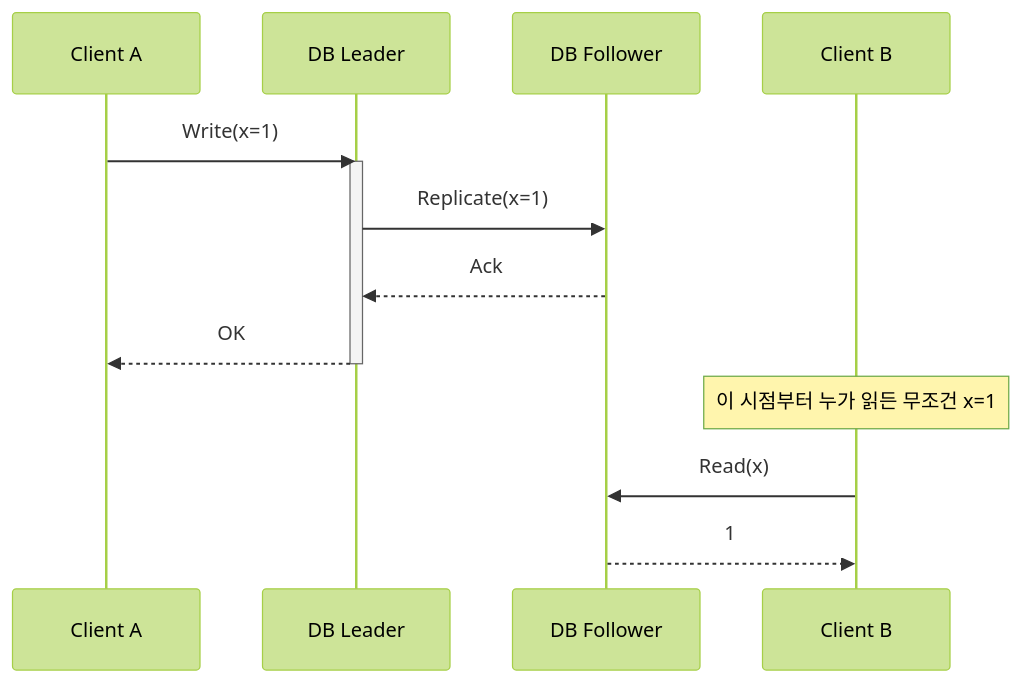
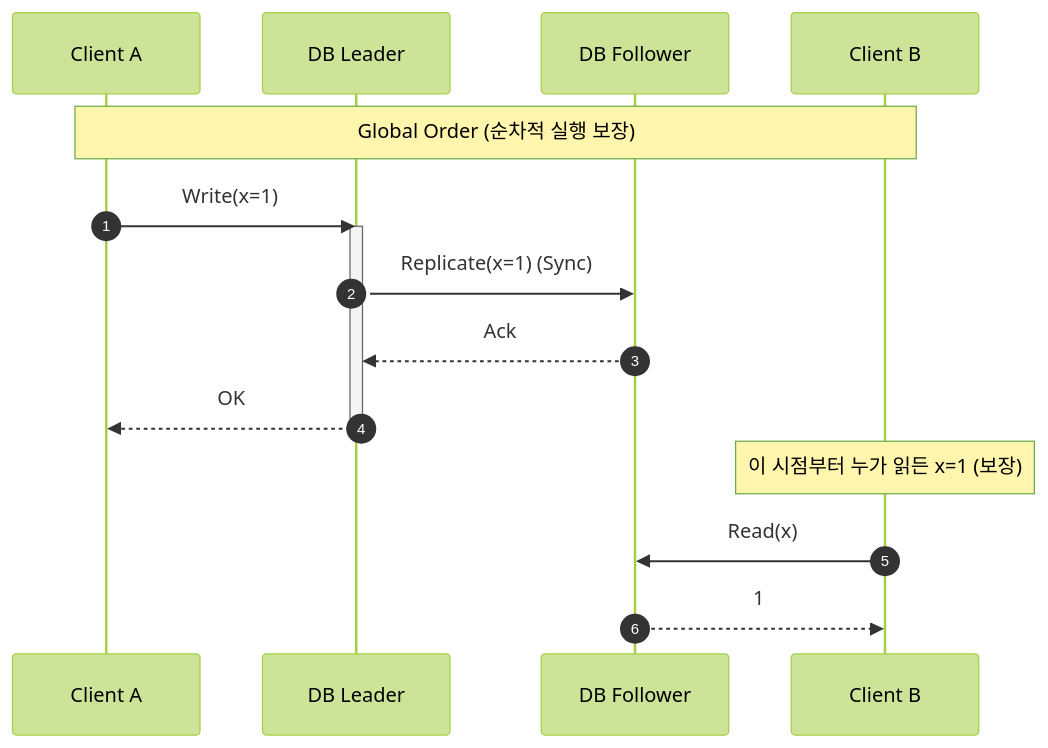
One commit to jyukki97/study-blog changed the first of 3 diagrams in content/learning/deep-dive/deep-dive-consistency-models.md. Above: the diagram before and after it, drawn with Mermaid (forest theme). The commit also changed other lines of this file and 85 other files, not shown here.

````diff
--- a/content/learning/deep-dive/deep-dive-consistency-models.md
+++ b/content/learning/deep-dive/deep-dive-consistency-models.md
@@ -42,18 +42,21 @@
 ```mermaid
 sequenceDiagram
+    autonumber
     participant Client A
-    participant DB Leader
-    participant DB Follower
+    participant Leader as DB Leader
+    participant Follower as DB Follower
     participant Client B
     
-    Client A->>DB Leader: Write(x=1)
-    activate DB Leader
-    DB Leader->>DB Follower: Replicate(x=1)
-    DB Follower-->>DB Leader: Ack
-    DB Leader-->>Client A: OK
-    deactivate DB Leader
+    Note over Client A, Client B: Global Order (순차적 실행 보장)
     
-    Note over Client B: 이 시점부터 누가 읽든 무조건 x=1
-    Client B->>DB Follower: Read(x)
-    DB Follower-->>Client B: 1
+    Client A->>Leader: Write(x=1)
+    activate Leader
+    Leader->>Follower: Replicate(x=1) (Sync)
+    Follower-->>Leader: Ack
+    Leader-->>Client A: OK
+    deactivate Leader
+    
+    Note over Client B: 이 시점부터 누가 읽든 x=1 (보장)
+    Client B->>Follower: Read(x)
+    Follower-->>Client B: 1
 ```
````
